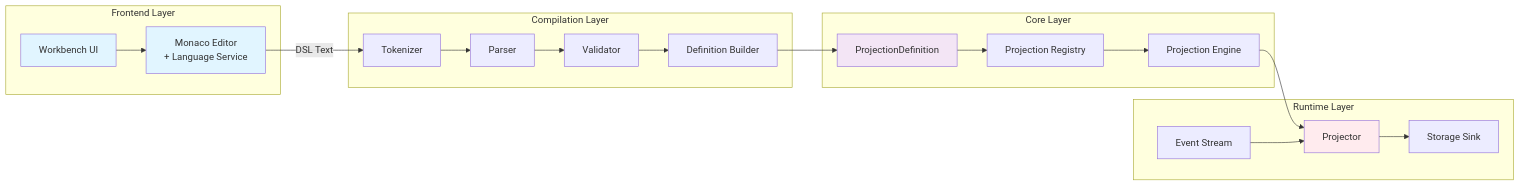
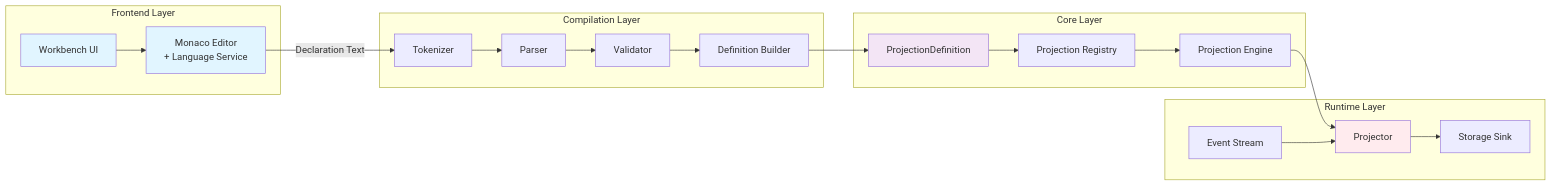
The second of 3 diagrams in Documentation/projections/architecture.md (Cratis/Chronicle), drawn with Mermaid before and after one commit. The commit also changed other lines of this file and 145 other files, not shown here.

Commit message:
Switching to declaration for our PDL (DSL) consistently

````diff
--- a/Documentation/projections/architecture.md
+++ b/Documentation/projections/architecture.md
@@ -129,43 +129,43 @@
 ```mermaid
 graph LR
     subgraph Frontend["Frontend Layer"]
         Workbench["Workbench UI"]
         MonacoEditor["Monaco Editor<br/>+ Language Service"]
     end
 
     subgraph Compiler["Compilation Layer"]
         Tokenizer["Tokenizer"]
         Parser["Parser"]
         Validator["Validator"]
         DefBuilder["Definition Builder"]
     end
 
     subgraph Core["Core Layer"]
         Definition["ProjectionDefinition"]
         Registry["Projection Registry"]
         Engine["Projection Engine"]
     end
 
     subgraph Runtime["Runtime Layer"]
         EventStream["Event Stream"]
         Projector["Projector"]
         Sink["Storage Sink"]
     end
 
     Workbench --> MonacoEditor
-    MonacoEditor --> |DSL Text| Tokenizer
+    MonacoEditor --> |Declaration Text| Tokenizer
     Tokenizer --> Parser
     Parser --> Validator
     Validator --> DefBuilder
     DefBuilder --> Definition
     Definition --> Registry
     Registry --> Engine
     Engine --> Projector
     EventStream --> Projector
     Projector --> Sink
 
     style Workbench fill:#e1f5ff
     style MonacoEditor fill:#e1f5ff
     style Definition fill:#f3e5f5
     style Projector fill:#ffebee
 ```
````
